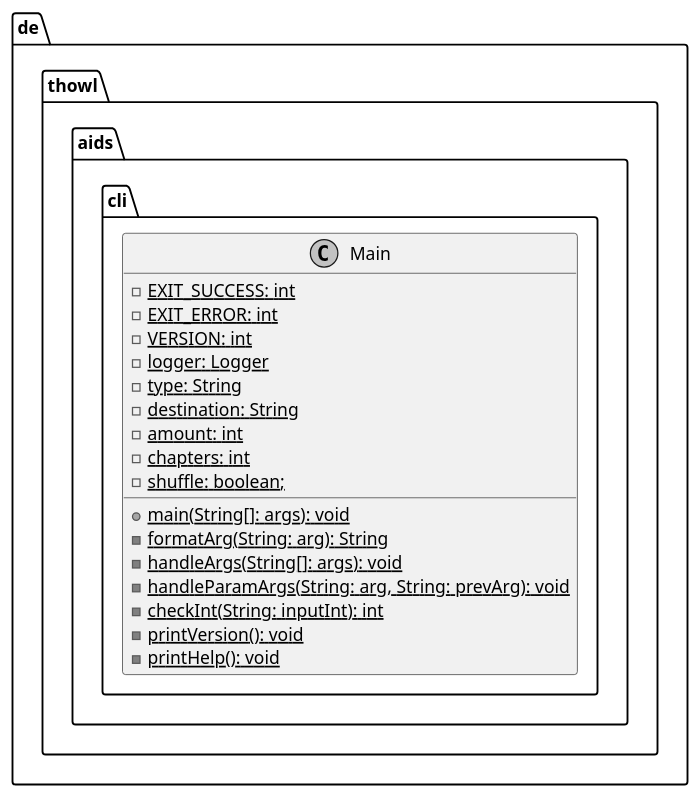
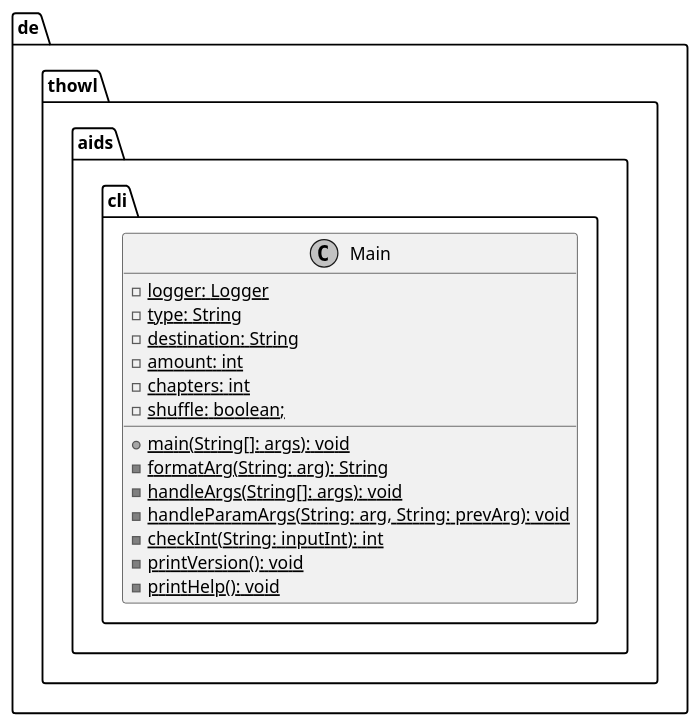
The first of 5 diagrams in docs/dev/technical_documentation/diagramm/uml/flowcharts/cli/cli.puml (j0giwa/autonomous-instant-documents), drawn with PlantUML before and after one commit. The commit also changed other lines of this file, not shown here.

Commit message:
cli flowchartsw

```diff
--- a/docs/dev/technical_documentation/diagramm/uml/flowcharts/cli/cli.puml
+++ b/docs/dev/technical_documentation/diagramm/uml/flowcharts/cli/cli.puml
@@ -1,26 +1,23 @@
 @startuml cli
 
 skinparam monochrome true
 
 package de.thowl.aids.cli {
 	class Main {
-		- {static} EXIT_SUCCESS: int
-		- {static} EXIT_ERROR: int
-		- {static} VERSION: int
 		- {static} logger: Logger
 		- {static} type: String
 		- {static} destination: String
 		- {static} amount: int
 		- {static} chapters: int
 		- {static} shuffle: boolean;
 		+ {static} main(String[]: args): void
 		- {static} formatArg(String: arg): String
 		- {static} handleArgs(String[]: args): void
 		- {static} handleParamArgs(String: arg, String: prevArg): void
 		- {static} checkInt(String: inputInt): int
 		- {static} printVersion(): void
 		- {static} printHelp(): void
 	}
 }
 
 @enduml
```
